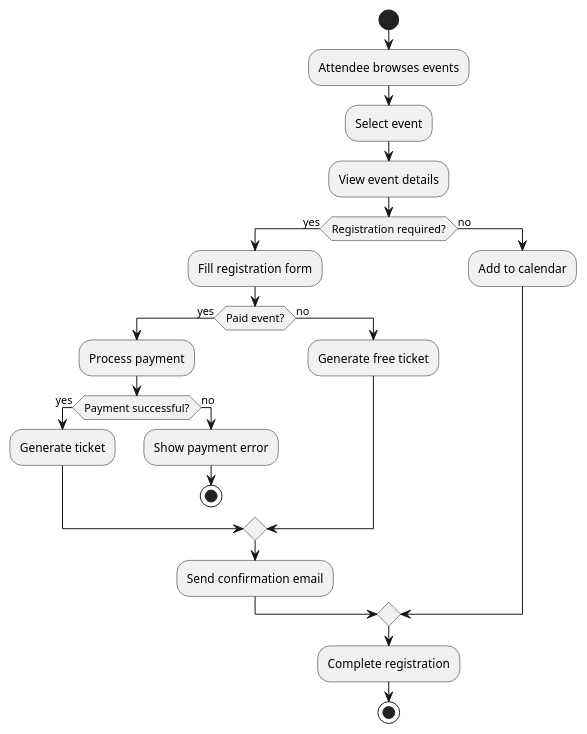
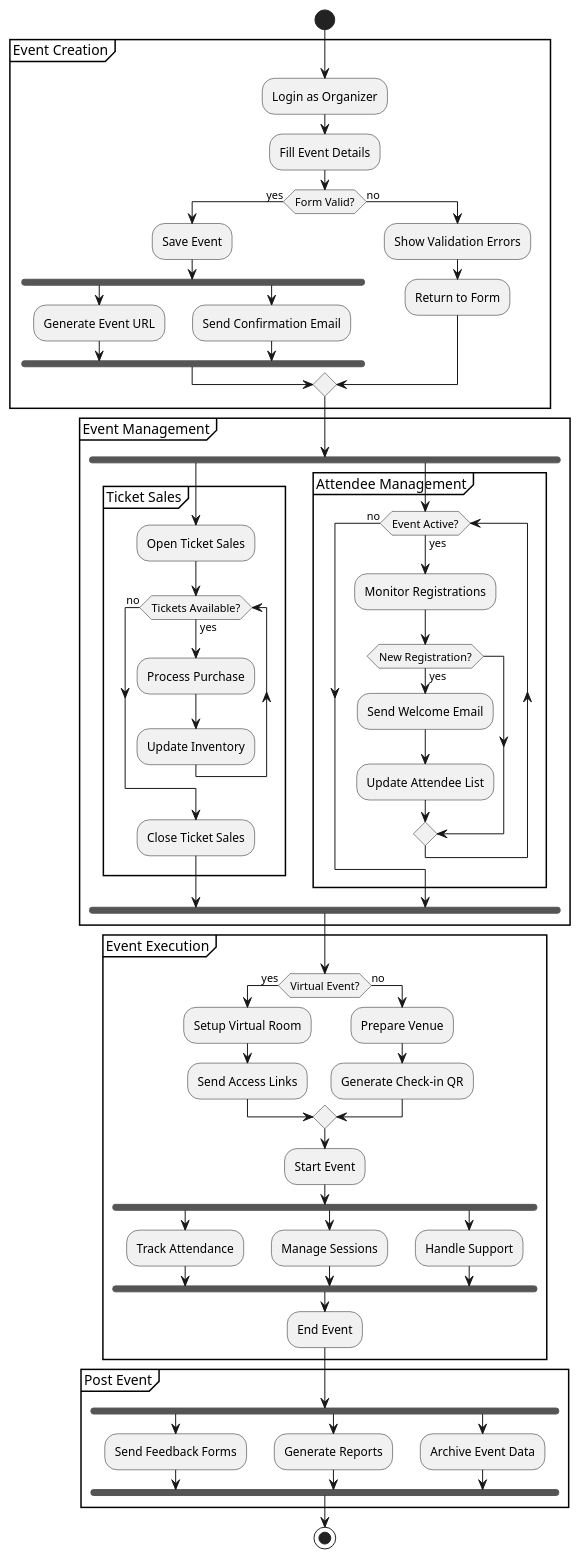
One commit to LazyEllis/eventify changed the fourth of 7 diagrams in chapter-3.md. Above: the diagram before and after it, drawn with PlantUML. The commit also changed other lines of this file, not shown here.

Commit message:
Rework Architecture Diagrams

````diff
--- a/chapter-3.md
+++ b/chapter-3.md
@@ -425,29 +481,81 @@
 ```plantuml
-@startuml Event Registration
+@startuml Activity Diagram
+
 start
-:Attendee browses events;
-:Select event;
-:View event details;
 
-if (Registration required?) then (yes)
-  :Fill registration form;
-  if (Paid event?) then (yes)
-    :Process payment;
-    if (Payment successful?) then (yes)
-      :Generate ticket;
-    else (no)
-      :Show payment error;
-      stop
-    endif
+partition "Event Creation" {
+  :Login as Organizer;
+  :Fill Event Details;
+  if (Form Valid?) then (yes)
+    :Save Event;
+    fork
+      :Generate Event URL;
+    fork again
+      :Send Confirmation Email;
+    end fork
   else (no)
-    :Generate free ticket;
+    :Show Validation Errors;
+    :Return to Form;
   endif
-  :Send confirmation email;
-else (no)
-  :Add to calendar;
-endif
-:Complete registration;
+}
+
+partition "Event Management" {
+  fork
+    partition "Ticket Sales" {
+      :Open Ticket Sales;
+      while (Tickets Available?) is (yes)
+        :Process Purchase;
+        :Update Inventory;
+      endwhile (no)
+      :Close Ticket Sales;
+    }
+
+    fork again
+    partition "Attendee Management" {
+      while (Event Active?) is (yes)
+        :Monitor Registrations;
+        if (New Registration?) then (yes)
+          :Send Welcome Email;
+          :Update Attendee List;
+        endif
+      endwhile (no)
+    }
+  end fork
+}
+
+partition "Event Execution" {
+  if (Virtual Event?) then (yes)
+    :Setup Virtual Room;
+    :Send Access Links;
+  else (no)
+    :Prepare Venue;
+    :Generate Check-in QR;
+  endif
+
+  :Start Event;
+
+  fork
+    :Track Attendance;
+  fork again
+    :Manage Sessions;
+  fork again
+    :Handle Support;
+  end fork
+
+  :End Event;
+}
+
+partition "Post Event" {
+  fork
+    :Send Feedback Forms;
+  fork again
+    :Generate Reports;
+  fork again
+    :Archive Event Data;
+  end fork
+}
+
 stop
 
 @enduml
 ```
````
